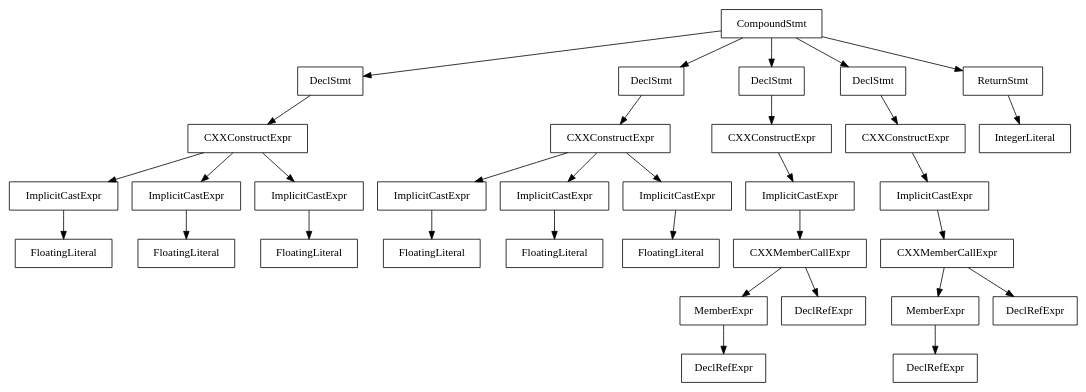
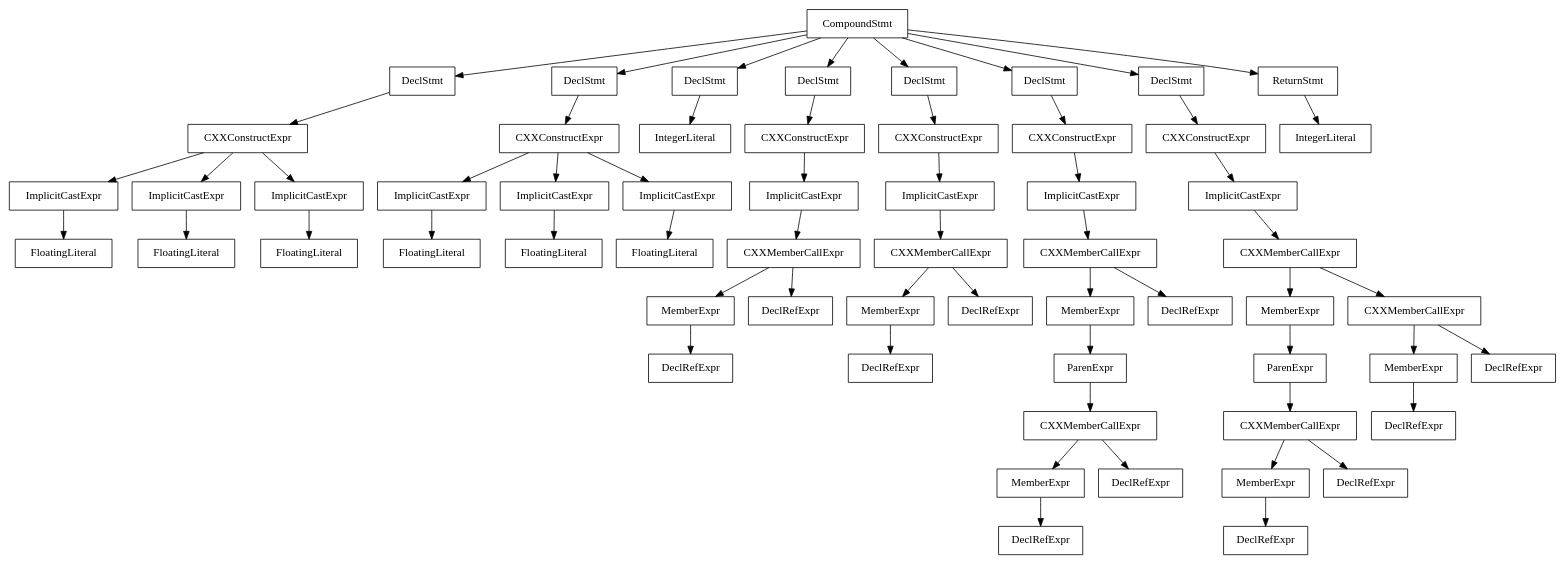
The diagram in inputs/graph.dot (kevinsullivan/physvm_develop), drawn with Graphviz before and after one commit. The commit also changed other lines of this file and 3 other files, not shown here.

```diff
--- a/inputs/graph.dot
+++ b/inputs/graph.dot
@@ -1,68 +1,122 @@
 digraph unnamed {
 
-	Node0x7f93d80020b8 [shape=record,label="{CompoundStmt}"];
-	Node0x7f93d80020b8 -> Node0x7f93d709b370;
-	Node0x7f93d80020b8 -> Node0x7f93d709b518;
-	Node0x7f93d80020b8 -> Node0x7f93d8001ef8;
-	Node0x7f93d80020b8 -> Node0x7f93d8002070;
-	Node0x7f93d80020b8 -> Node0x7f93d80020a8;
-	Node0x7f93d709b370 [shape=record,label="{DeclStmt}"];
-	Node0x7f93d709b370 -> Node0x7f93d709b328;
-	Node0x7f93d709b328 [shape=record,label="{CXXConstructExpr}"];
-	Node0x7f93d709b328 -> Node0x7f93d709b2e0;
-	Node0x7f93d709b328 -> Node0x7f93d709b2f8;
-	Node0x7f93d709b328 -> Node0x7f93d709b310;
-	Node0x7f93d709b2e0 [shape=record,label="{ImplicitCastExpr}"];
-	Node0x7f93d709b2e0 -> Node0x7f93d709b0a8;
-	Node0x7f93d709b0a8 [shape=record,label="{FloatingLiteral}"];
-	Node0x7f93d709b2f8 [shape=record,label="{ImplicitCastExpr}"];
-	Node0x7f93d709b2f8 -> Node0x7f93d709b0c8;
-	Node0x7f93d709b0c8 [shape=record,label="{FloatingLiteral}"];
-	Node0x7f93d709b310 [shape=record,label="{ImplicitCastExpr}"];
-	Node0x7f93d709b310 -> Node0x7f93d709b0e8;
-	Node0x7f93d709b0e8 [shape=record,label="{FloatingLiteral}"];
-	Node0x7f93d709b518 [shape=record,label="{DeclStmt}"];
-	Node0x7f93d709b518 -> Node0x7f93d709b4d0;
-	Node0x7f93d709b4d0 [shape=record,label="{CXXConstructExpr}"];
-	Node0x7f93d709b4d0 -> Node0x7f93d709b488;
-	Node0x7f93d709b4d0 -> Node0x7f93d709b4a0;
-	Node0x7f93d709b4d0 -> Node0x7f93d709b4b8;
-	Node0x7f93d709b488 [shape=record,label="{ImplicitCastExpr}"];
-	Node0x7f93d709b488 -> Node0x7f93d709b3f8;
-	Node0x7f93d709b3f8 [shape=record,label="{FloatingLiteral}"];
-	Node0x7f93d709b4a0 [shape=record,label="{ImplicitCastExpr}"];
-	Node0x7f93d709b4a0 -> Node0x7f93d709b418;
-	Node0x7f93d709b418 [shape=record,label="{FloatingLiteral}"];
-	Node0x7f93d709b4b8 [shape=record,label="{ImplicitCastExpr}"];
-	Node0x7f93d709b4b8 -> Node0x7f93d709b438;
-	Node0x7f93d709b438 [shape=record,label="{FloatingLiteral}"];
-	Node0x7f93d8001ef8 [shape=record,label="{DeclStmt}"];
-	Node0x7f93d8001ef8 -> Node0x7f93d8001ec0;
-	Node0x7f93d8001ec0 [shape=record,label="{CXXConstructExpr}"];
-	Node0x7f93d8001ec0 -> Node0x7f93d8001c50;
-	Node0x7f93d8001c50 [shape=record,label="{ImplicitCastExpr}"];
-	Node0x7f93d8001c50 -> Node0x7f93d8001c20;
-	Node0x7f93d8001c20 [shape=record,label="{CXXMemberCallExpr}"];
-	Node0x7f93d8001c20 -> Node0x7f93d709b5c0;
-	Node0x7f93d8001c20 -> Node0x7f93d8001c00;
-	Node0x7f93d709b5c0 [shape=record,label="{MemberExpr}"];
-	Node0x7f93d709b5c0 -> Node0x7f93d709b5a0;
-	Node0x7f93d709b5a0 [shape=record,label="{DeclRefExpr}"];
-	Node0x7f93d8001c00 [shape=record,label="{DeclRefExpr}"];
-	Node0x7f93d8002070 [shape=record,label="{DeclStmt}"];
-	Node0x7f93d8002070 -> Node0x7f93d8002038;
-	Node0x7f93d8002038 [shape=record,label="{CXXConstructExpr}"];
-	Node0x7f93d8002038 -> Node0x7f93d8002020;
-	Node0x7f93d8002020 [shape=record,label="{ImplicitCastExpr}"];
-	Node0x7f93d8002020 -> Node0x7f93d8001ff0;
-	Node0x7f93d8001ff0 [shape=record,label="{CXXMemberCallExpr}"];
-	Node0x7f93d8001ff0 -> Node0x7f93d8001fa0;
-	Node0x7f93d8001ff0 -> Node0x7f93d8001fd0;
-	Node0x7f93d8001fa0 [shape=record,label="{MemberExpr}"];
-	Node0x7f93d8001fa0 -> Node0x7f93d8001f80;
-	Node0x7f93d8001f80 [shape=record,label="{DeclRefExpr}"];
-	Node0x7f93d8001fd0 [shape=record,label="{DeclRefExpr}"];
-	Node0x7f93d80020a8 [shape=record,label="{ReturnStmt}"];
-	Node0x7f93d80020a8 -> Node0x7f93d8002088;
-	Node0x7f93d8002088 [shape=record,label="{IntegerLiteral}"];
+	Node0x7fa364082418 [shape=record,label="{CompoundStmt}"];
+	Node0x7fa364082418 -> Node0x7fa36407ff70;
+	Node0x7fa364082418 -> Node0x7fa364080118;
+	Node0x7fa364082418 -> Node0x7fa3640801c8;
+	Node0x7fa364082418 -> Node0x7fa364081da8;
+	Node0x7fa364082418 -> Node0x7fa364081f20;
+	Node0x7fa364082418 -> Node0x7fa364082138;
+	Node0x7fa364082418 -> Node0x7fa3640823d0;
+	Node0x7fa364082418 -> Node0x7fa364082408;
+	Node0x7fa36407ff70 [shape=record,label="{DeclStmt}"];
+	Node0x7fa36407ff70 -> Node0x7fa36407ff28;
+	Node0x7fa36407ff28 [shape=record,label="{CXXConstructExpr}"];
+	Node0x7fa36407ff28 -> Node0x7fa36407fee0;
+	Node0x7fa36407ff28 -> Node0x7fa36407fef8;
+	Node0x7fa36407ff28 -> Node0x7fa36407ff10;
+	Node0x7fa36407fee0 [shape=record,label="{ImplicitCastExpr}"];
+	Node0x7fa36407fee0 -> Node0x7fa36407fca8;
+	Node0x7fa36407fca8 [shape=record,label="{FloatingLiteral}"];
+	Node0x7fa36407fef8 [shape=record,label="{ImplicitCastExpr}"];
+	Node0x7fa36407fef8 -> Node0x7fa36407fcc8;
+	Node0x7fa36407fcc8 [shape=record,label="{FloatingLiteral}"];
+	Node0x7fa36407ff10 [shape=record,label="{ImplicitCastExpr}"];
+	Node0x7fa36407ff10 -> Node0x7fa36407fce8;
+	Node0x7fa36407fce8 [shape=record,label="{FloatingLiteral}"];
+	Node0x7fa364080118 [shape=record,label="{DeclStmt}"];
+	Node0x7fa364080118 -> Node0x7fa3640800d0;
+	Node0x7fa3640800d0 [shape=record,label="{CXXConstructExpr}"];
+	Node0x7fa3640800d0 -> Node0x7fa364080088;
+	Node0x7fa3640800d0 -> Node0x7fa3640800a0;
+	Node0x7fa3640800d0 -> Node0x7fa3640800b8;
+	Node0x7fa364080088 [shape=record,label="{ImplicitCastExpr}"];
+	Node0x7fa364080088 -> Node0x7fa36407fff8;
+	Node0x7fa36407fff8 [shape=record,label="{FloatingLiteral}"];
+	Node0x7fa3640800a0 [shape=record,label="{ImplicitCastExpr}"];
+	Node0x7fa3640800a0 -> Node0x7fa364080018;
+	Node0x7fa364080018 [shape=record,label="{FloatingLiteral}"];
+	Node0x7fa3640800b8 [shape=record,label="{ImplicitCastExpr}"];
+	Node0x7fa3640800b8 -> Node0x7fa364080038;
+	Node0x7fa364080038 [shape=record,label="{FloatingLiteral}"];
+	Node0x7fa3640801c8 [shape=record,label="{DeclStmt}"];
+	Node0x7fa3640801c8 -> Node0x7fa3640801a8;
+	Node0x7fa3640801a8 [shape=record,label="{IntegerLiteral}"];
+	Node0x7fa364081da8 [shape=record,label="{DeclStmt}"];
+	Node0x7fa364081da8 -> Node0x7fa364081d70;
+	Node0x7fa364081d70 [shape=record,label="{CXXConstructExpr}"];
+	Node0x7fa364081d70 -> Node0x7fa364081b00;
+	Node0x7fa364081b00 [shape=record,label="{ImplicitCastExpr}"];
+	Node0x7fa364081b00 -> Node0x7fa364081ad0;
+	Node0x7fa364081ad0 [shape=record,label="{CXXMemberCallExpr}"];
+	Node0x7fa364081ad0 -> Node0x7fa364081a80;
+	Node0x7fa364081ad0 -> Node0x7fa364081ab0;
+	Node0x7fa364081a80 [shape=record,label="{MemberExpr}"];
+	Node0x7fa364081a80 -> Node0x7fa364081a60;
+	Node0x7fa364081a60 [shape=record,label="{DeclRefExpr}"];
+	Node0x7fa364081ab0 [shape=record,label="{DeclRefExpr}"];
+	Node0x7fa364081f20 [shape=record,label="{DeclStmt}"];
+	Node0x7fa364081f20 -> Node0x7fa364081ee8;
+	Node0x7fa364081ee8 [shape=record,label="{CXXConstructExpr}"];
+	Node0x7fa364081ee8 -> Node0x7fa364081ed0;
+	Node0x7fa364081ed0 [shape=record,label="{ImplicitCastExpr}"];
+	Node0x7fa364081ed0 -> Node0x7fa364081ea0;
+	Node0x7fa364081ea0 [shape=record,label="{CXXMemberCallExpr}"];
+	Node0x7fa364081ea0 -> Node0x7fa364081e50;
+	Node0x7fa364081ea0 -> Node0x7fa364081e80;
+	Node0x7fa364081e50 [shape=record,label="{MemberExpr}"];
+	Node0x7fa364081e50 -> Node0x7fa364081e30;
+	Node0x7fa364081e30 [shape=record,label="{DeclRefExpr}"];
+	Node0x7fa364081e80 [shape=record,label="{DeclRefExpr}"];
+	Node0x7fa364082138 [shape=record,label="{DeclStmt}"];
+	Node0x7fa364082138 -> Node0x7fa364082100;
+	Node0x7fa364082100 [shape=record,label="{CXXConstructExpr}"];
+	Node0x7fa364082100 -> Node0x7fa3640820e8;
+	Node0x7fa3640820e8 [shape=record,label="{ImplicitCastExpr}"];
+	Node0x7fa3640820e8 -> Node0x7fa3640820b8;
+	Node0x7fa3640820b8 [shape=record,label="{CXXMemberCallExpr}"];
+	Node0x7fa3640820b8 -> Node0x7fa364082068;
+	Node0x7fa3640820b8 -> Node0x7fa364082098;
+	Node0x7fa364082068 [shape=record,label="{MemberExpr}"];
+	Node0x7fa364082068 -> Node0x7fa364082048;
+	Node0x7fa364082048 [shape=record,label="{ParenExpr}"];
+	Node0x7fa364082048 -> Node0x7fa364082018;
+	Node0x7fa364082018 [shape=record,label="{CXXMemberCallExpr}"];
+	Node0x7fa364082018 -> Node0x7fa364081fc8;
+	Node0x7fa364082018 -> Node0x7fa364081ff8;
+	Node0x7fa364081fc8 [shape=record,label="{MemberExpr}"];
+	Node0x7fa364081fc8 -> Node0x7fa364081fa8;
+	Node0x7fa364081fa8 [shape=record,label="{DeclRefExpr}"];
+	Node0x7fa364081ff8 [shape=record,label="{DeclRefExpr}"];
+	Node0x7fa364082098 [shape=record,label="{DeclRefExpr}"];
+	Node0x7fa3640823d0 [shape=record,label="{DeclStmt}"];
+	Node0x7fa3640823d0 -> Node0x7fa364082398;
+	Node0x7fa364082398 [shape=record,label="{CXXConstructExpr}"];
+	Node0x7fa364082398 -> Node0x7fa364082380;
+	Node0x7fa364082380 [shape=record,label="{ImplicitCastExpr}"];
+	Node0x7fa364082380 -> Node0x7fa364082350;
+	Node0x7fa364082350 [shape=record,label="{CXXMemberCallExpr}"];
+	Node0x7fa364082350 -> Node0x7fa364082280;
+	Node0x7fa364082350 -> Node0x7fa364082320;
+	Node0x7fa364082280 [shape=record,label="{MemberExpr}"];
+	Node0x7fa364082280 -> Node0x7fa364082260;
+	Node0x7fa364082260 [shape=record,label="{ParenExpr}"];
+	Node0x7fa364082260 -> Node0x7fa364082230;
+	Node0x7fa364082230 [shape=record,label="{CXXMemberCallExpr}"];
+	Node0x7fa364082230 -> Node0x7fa3640821e0;
+	Node0x7fa364082230 -> Node0x7fa364082210;
+	Node0x7fa3640821e0 [shape=record,label="{MemberExpr}"];
+	Node0x7fa3640821e0 -> Node0x7fa3640821c0;
+	Node0x7fa3640821c0 [shape=record,label="{DeclRefExpr}"];
+	Node0x7fa364082210 [shape=record,label="{DeclRefExpr}"];
+	Node0x7fa364082320 [shape=record,label="{CXXMemberCallExpr}"];
+	Node0x7fa364082320 -> Node0x7fa3640822d0;
+	Node0x7fa364082320 -> Node0x7fa364082300;
+	Node0x7fa3640822d0 [shape=record,label="{MemberExpr}"];
+	Node0x7fa3640822d0 -> Node0x7fa3640822b0;
+	Node0x7fa3640822b0 [shape=record,label="{DeclRefExpr}"];
+	Node0x7fa364082300 [shape=record,label="{DeclRefExpr}"];
+	Node0x7fa364082408 [shape=record,label="{ReturnStmt}"];
+	Node0x7fa364082408 -> Node0x7fa3640823e8;
+	Node0x7fa3640823e8 [shape=record,label="{IntegerLiteral}"];
 }
```
